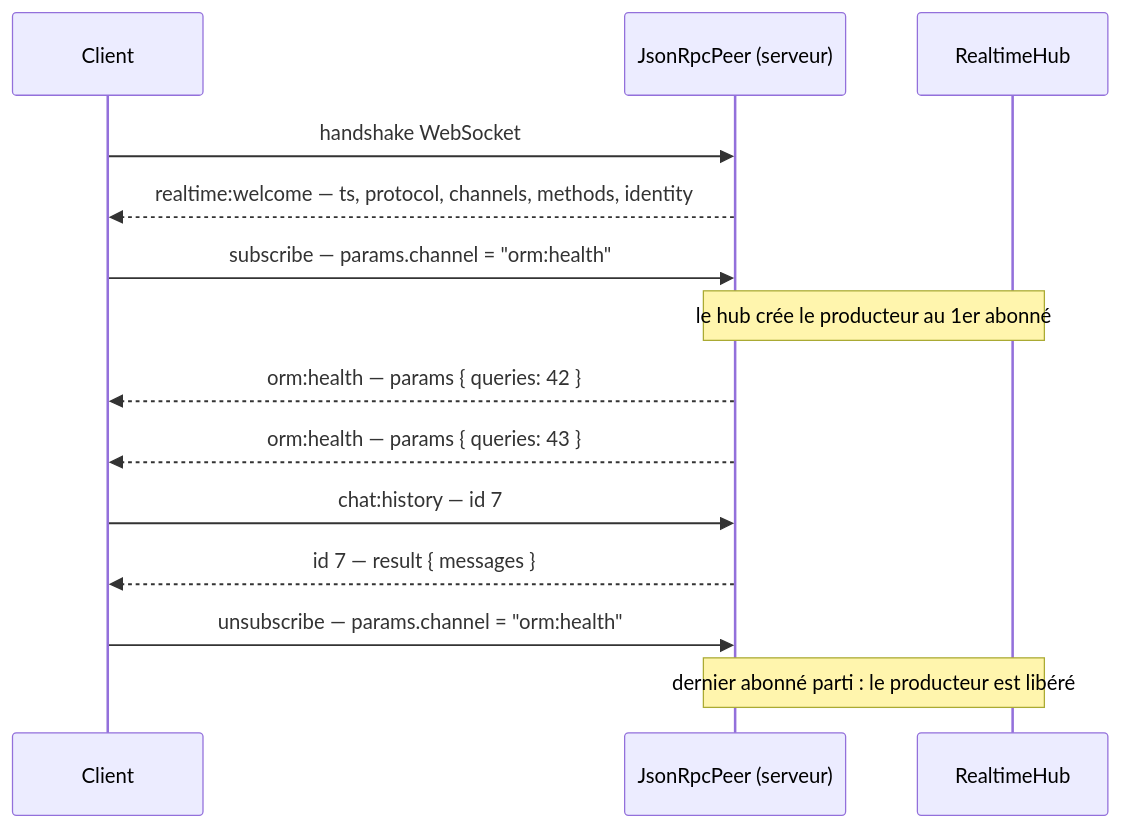
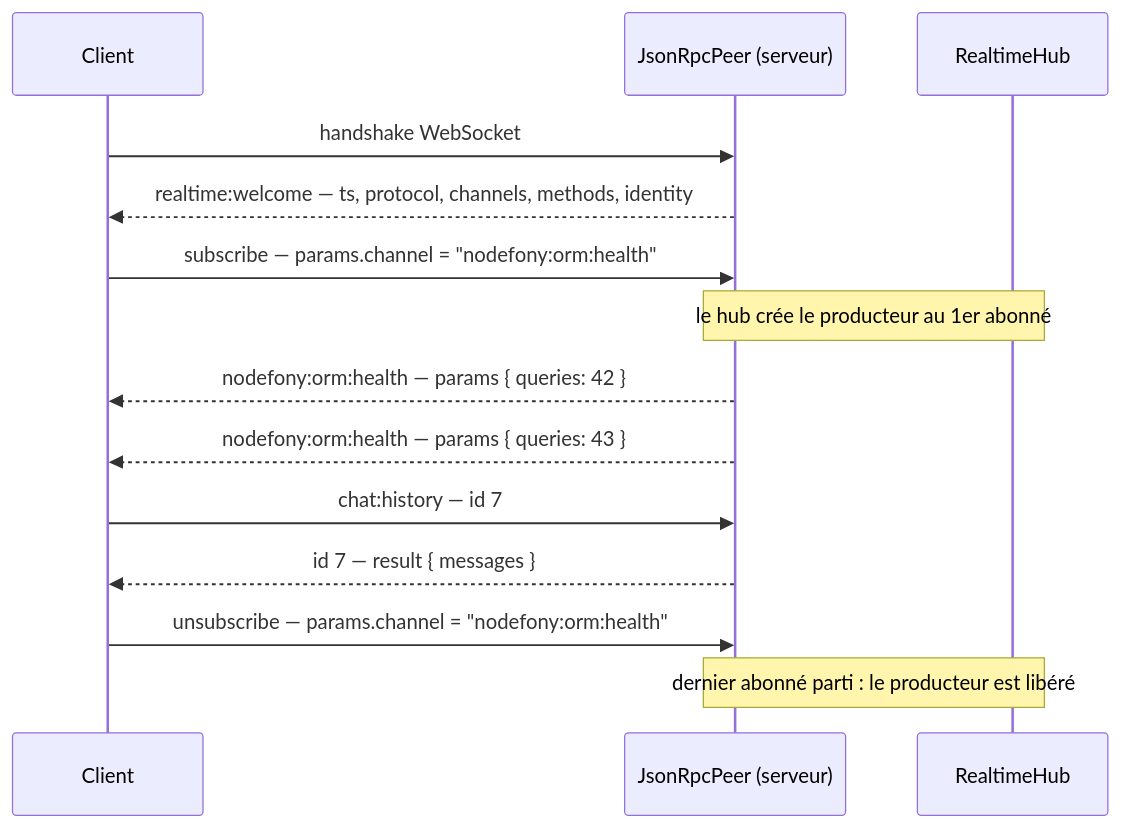
The second of 2 diagrams in src/packages/@nodefony/realtime/docs/protocole.md (nodefony/nodefony-core), drawn with Mermaid before and after one commit. The commit also changed other lines of this file and 151 other files, not shown here.

````diff
--- a/src/packages/@nodefony/realtime/docs/protocole.md
+++ b/src/packages/@nodefony/realtime/docs/protocole.md
@@ -369,16 +369,16 @@
 ```mermaid
 sequenceDiagram
   participant C as Client
   participant P as JsonRpcPeer (serveur)
   participant H as RealtimeHub
   C->>P: handshake WebSocket
   P-->>C: realtime:welcome — ts, protocol, channels, methods, identity
-  C->>P: subscribe — params.channel = "orm:health"
+  C->>P: subscribe — params.channel = "nodefony:orm:health"
   Note over P,H: le hub crée le producteur au 1er abonné
-  P-->>C: orm:health — params { queries: 42 }
-  P-->>C: orm:health — params { queries: 43 }
+  P-->>C: nodefony:orm:health — params { queries: 42 }
+  P-->>C: nodefony:orm:health — params { queries: 43 }
   C->>P: chat:history — id 7
   P-->>C: id 7 — result { messages }
-  C->>P: unsubscribe — params.channel = "orm:health"
+  C->>P: unsubscribe — params.channel = "nodefony:orm:health"
   Note over P,H: dernier abonné parti : le producteur est libéré
 ```
````
